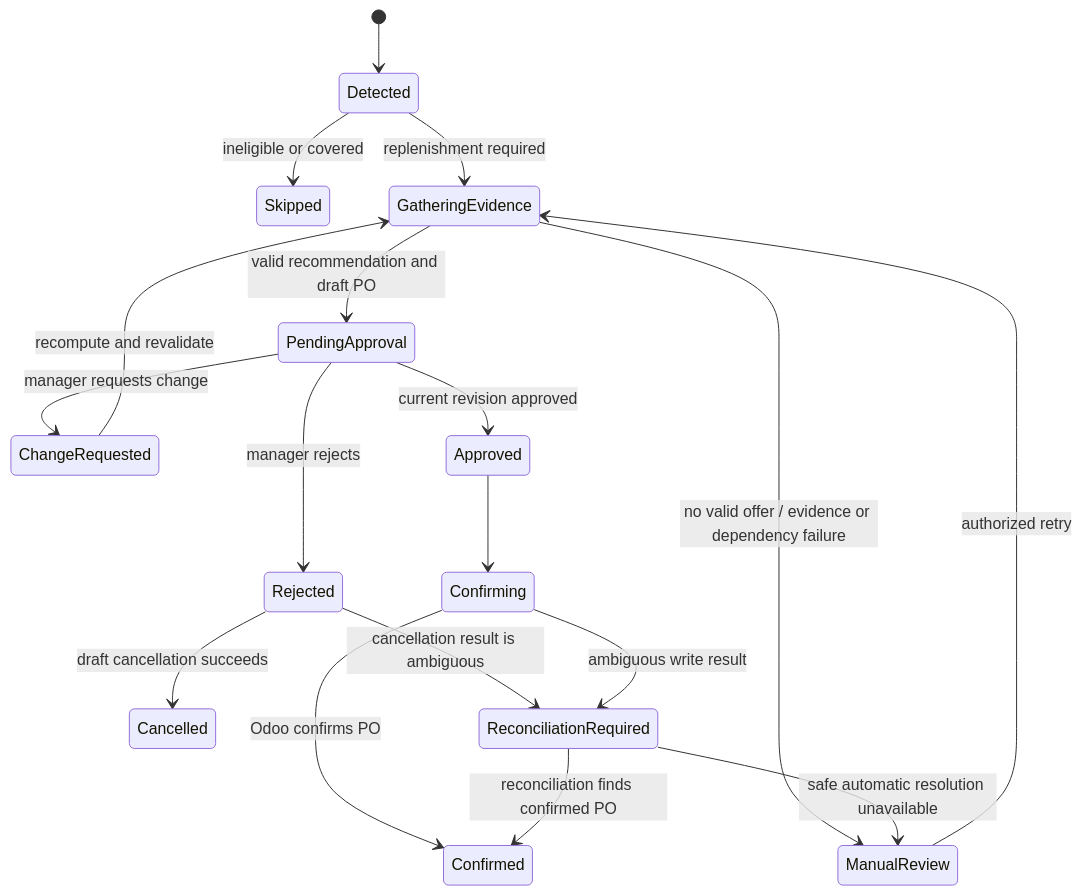
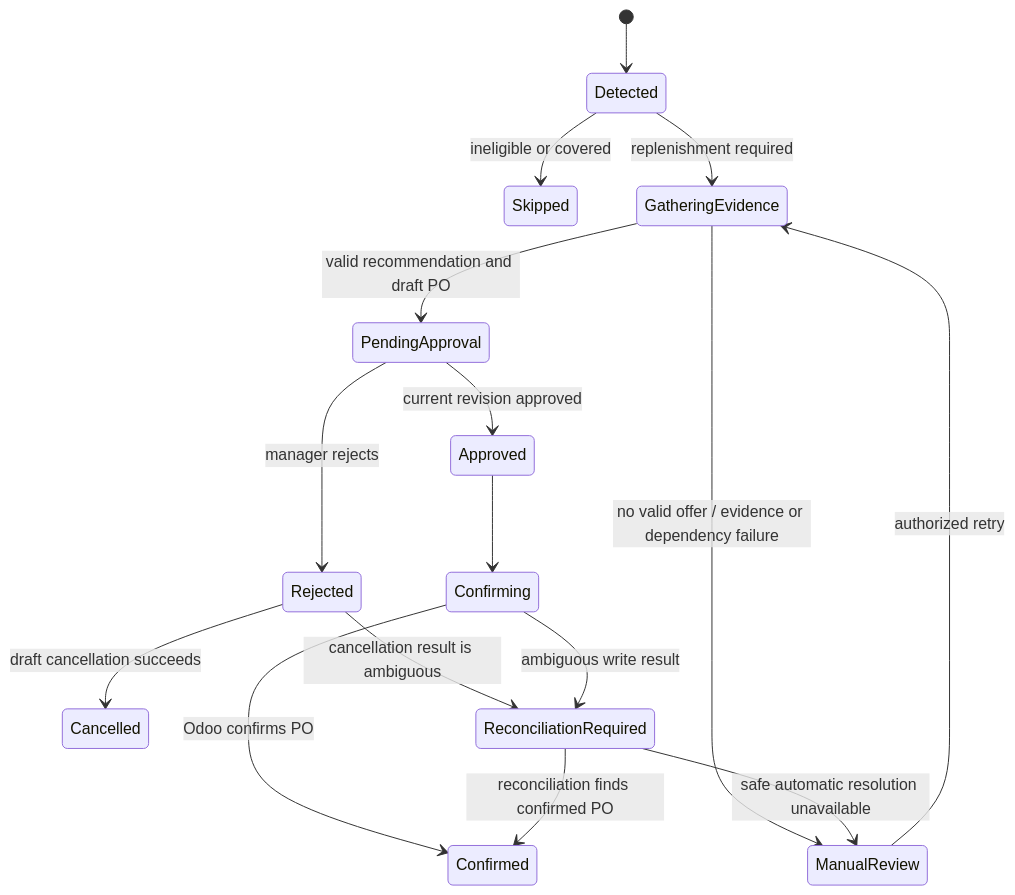
The first of 2 diagrams in docs/spec.md (WeamMak/StockAI), drawn with Mermaid before and after one commit. The commit also changed other lines of this file and 1 other file, not shown here.

````diff
--- a/docs/spec.md
+++ b/docs/spec.md
@@ -263,20 +294,18 @@
 ```mermaid
 stateDiagram-v2
     [*] --> Detected
     Detected --> Skipped: ineligible or covered
     Detected --> GatheringEvidence: replenishment required
     GatheringEvidence --> ManualReview: no valid offer / evidence or dependency failure
     GatheringEvidence --> PendingApproval: valid recommendation and draft PO
-    PendingApproval --> ChangeRequested: manager requests change
-    ChangeRequested --> GatheringEvidence: recompute and revalidate
     PendingApproval --> Rejected: manager rejects
     Rejected --> Cancelled: draft cancellation succeeds
     Rejected --> ReconciliationRequired: cancellation result is ambiguous
     PendingApproval --> Approved: current revision approved
     Approved --> Confirming
     Confirming --> Confirmed: Odoo confirms PO
     Confirming --> ReconciliationRequired: ambiguous write result
     ManualReview --> GatheringEvidence: authorized retry
     ReconciliationRequired --> Confirmed: reconciliation finds confirmed PO
     ReconciliationRequired --> ManualReview: safe automatic resolution unavailable
 ```
````
